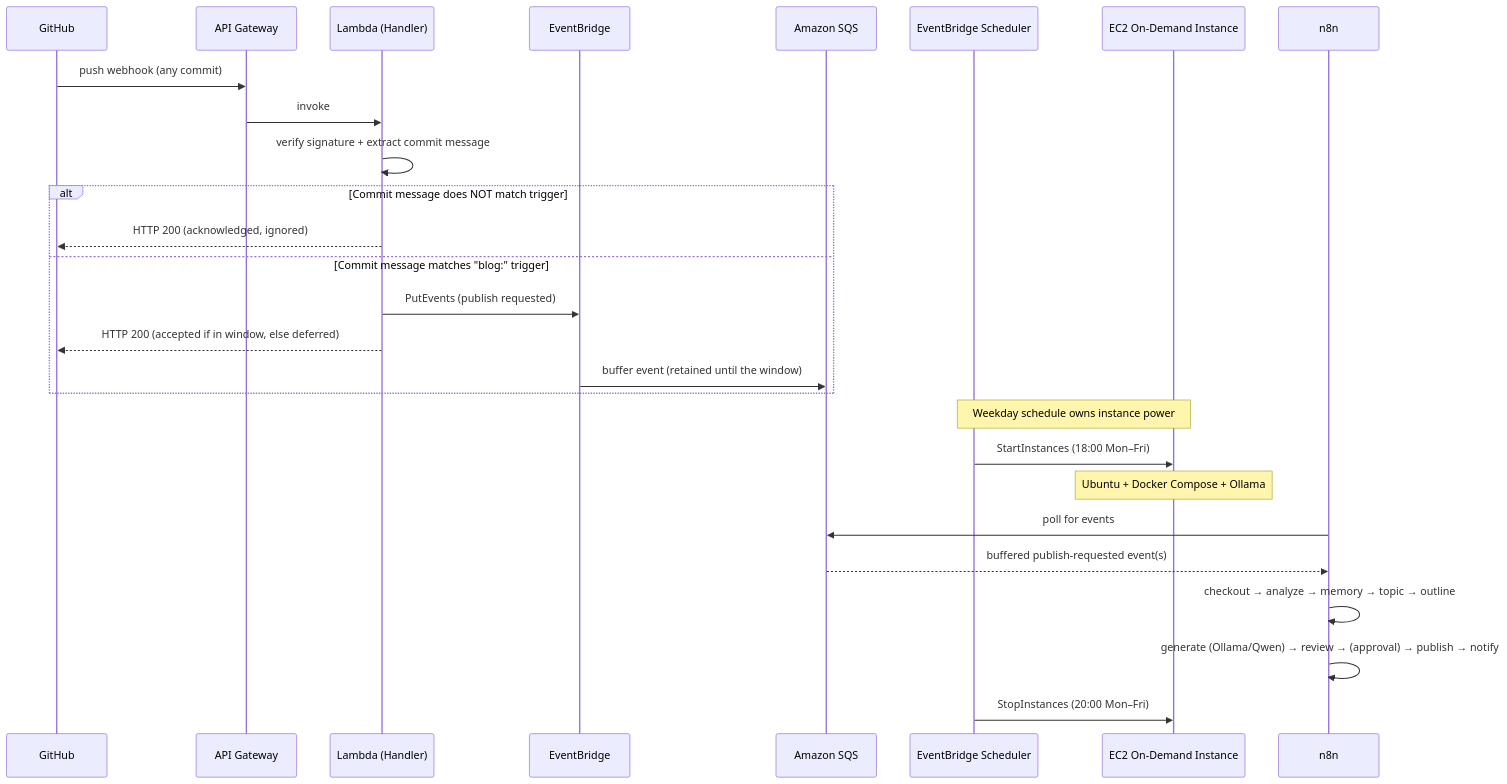
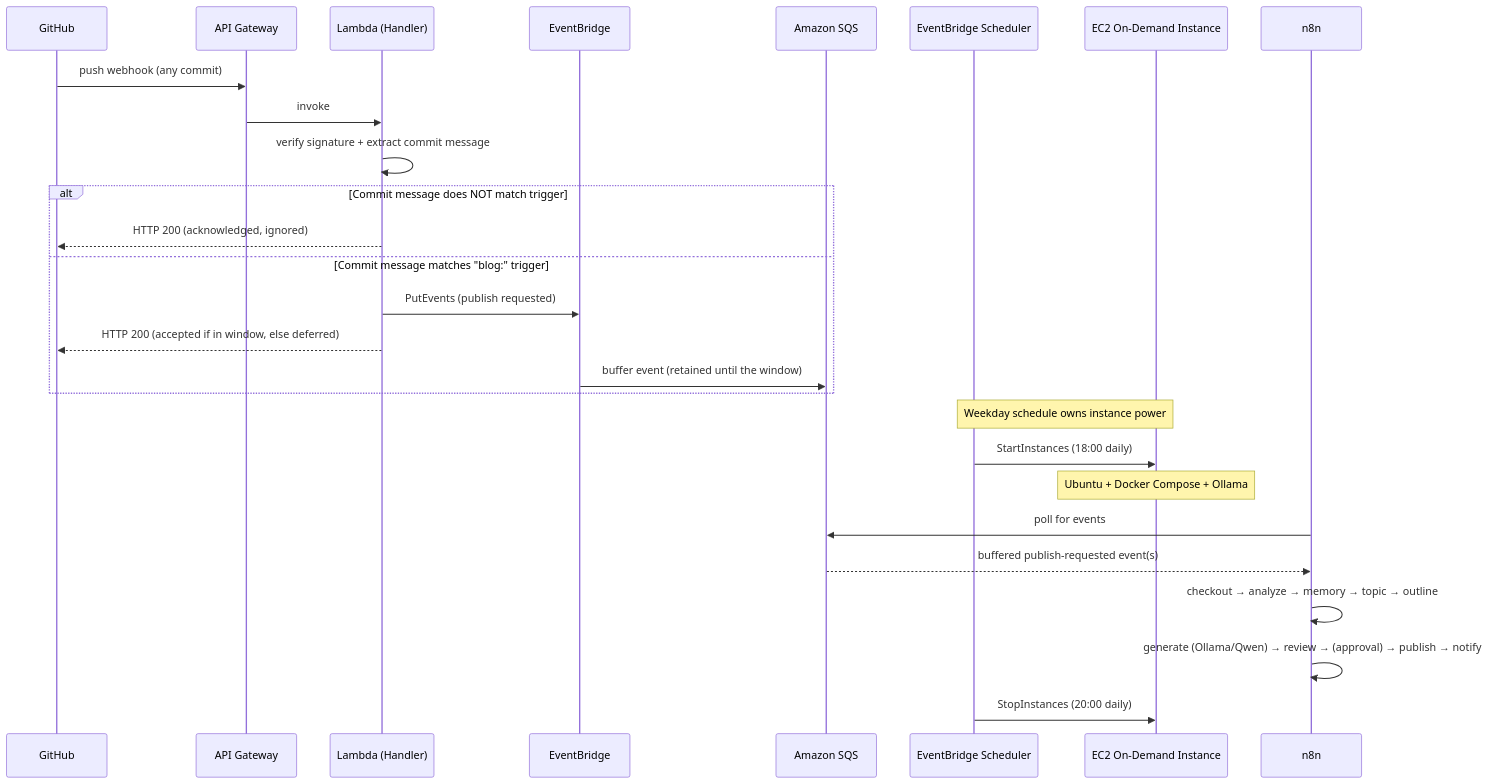
Before and after one commit to teddynted/ai-github-repository-blog-generator: the third of 6 diagrams in README.md, drawn with Mermaid. The commit also changed other lines of this file and 21 other files, not shown here.

````diff
--- a/README.md
+++ b/README.md
@@ -337,31 +337,31 @@
 ```mermaid
 sequenceDiagram
     participant GH as GitHub
     participant API as API Gateway
     participant LH as Lambda (Handler)
     participant EB as EventBridge
     participant SQS as Amazon SQS
     participant SCH as EventBridge Scheduler
     participant EC2 as EC2 On-Demand Instance
     participant N8N as n8n
 
     GH->>API: push webhook (any commit)
     API->>LH: invoke
     LH->>LH: verify signature + extract commit message
     alt Commit message does NOT match trigger
         LH-->>GH: HTTP 200 (acknowledged, ignored)
     else Commit message matches "blog:" trigger
         LH->>EB: PutEvents (publish requested)
         LH-->>GH: HTTP 200 (accepted if in window, else deferred)
         EB->>SQS: buffer event (retained until the window)
     end
 
     Note over SCH,EC2: Weekday schedule owns instance power
-    SCH->>EC2: StartInstances (18:00 Mon–Fri)
+    SCH->>EC2: StartInstances (18:00 daily)
     Note over EC2: Ubuntu + Docker Compose + Ollama
     N8N->>SQS: poll for events
     SQS-->>N8N: buffered publish-requested event(s)
     N8N->>N8N: checkout → analyze → memory → topic → outline
     N8N->>N8N: generate (Ollama/Qwen) → review → (approval) → publish → notify
-    SCH->>EC2: StopInstances (20:00 Mon–Fri)
+    SCH->>EC2: StopInstances (20:00 daily)
 ```
````
